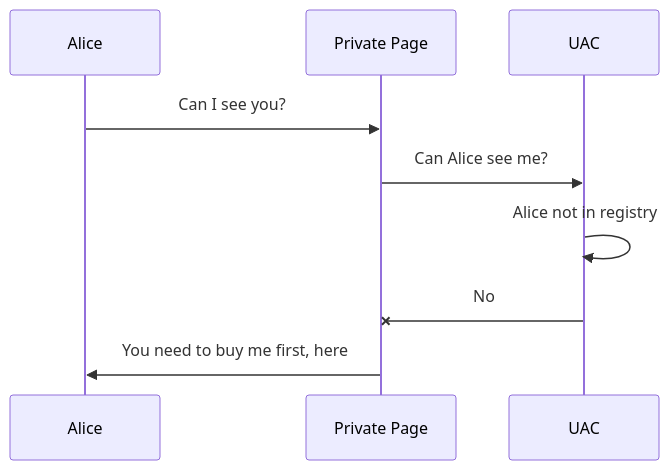
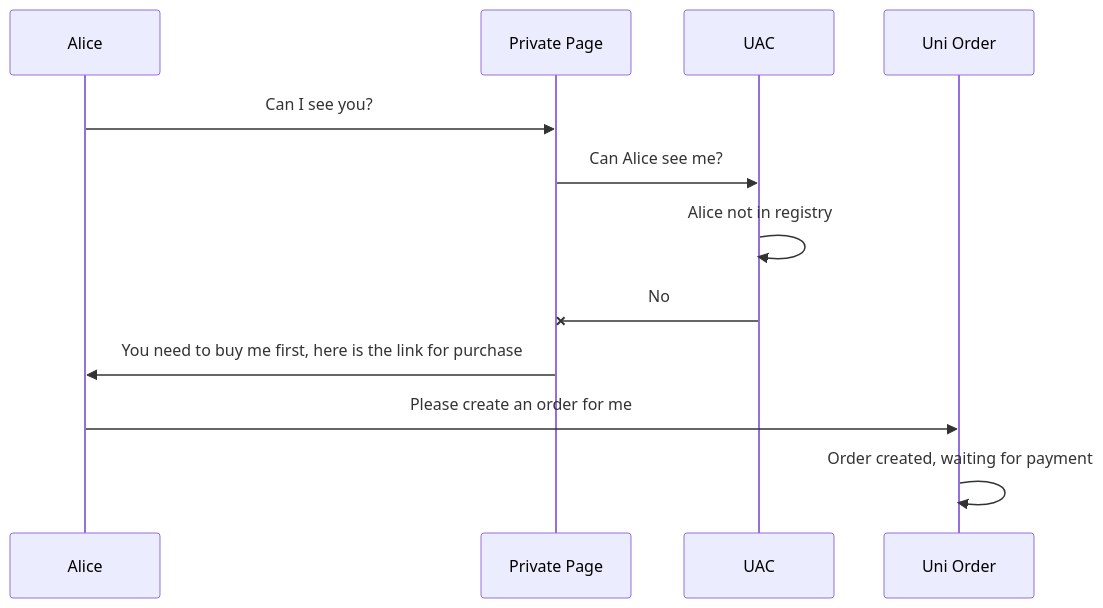
One commit to Jeff-Tian/space changed the diagram in src/pages/posts/uni-arch.md.md. Above: the diagram before and after it, drawn with Mermaid. The commit also changed other lines of this file, not shown here.

Commit message:
src/pages/posts/uni-arch.md.md updated from https://stackedit.io/

````diff
--- a/src/pages/posts/uni-arch.md.md
+++ b/src/pages/posts/uni-arch.md.md
@@ -9,8 +9,11 @@
 ```mermaid
 sequenceDiagram
 Alice ->> Private Page: Can I see you?
 Private Page ->> UAC: Can Alice see me?
 UAC ->> UAC: Alice not in registry
 UAC -x Private Page: No
-Private Page ->> Alice : You need to buy me first, here
+Private Page ->> Alice : You need to buy me first, here is the link for purchase
+Alice ->> Uni Order: Please create an order for me
+Uni Order ->> Uni Order: Order created, waiting for payment
+
 ```
````
